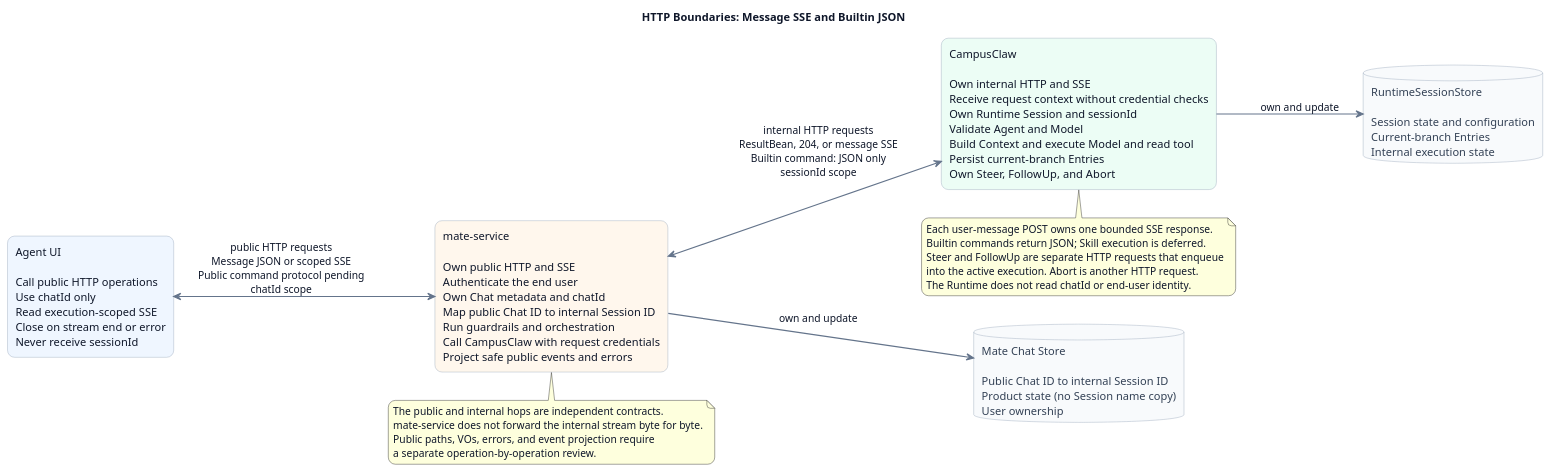
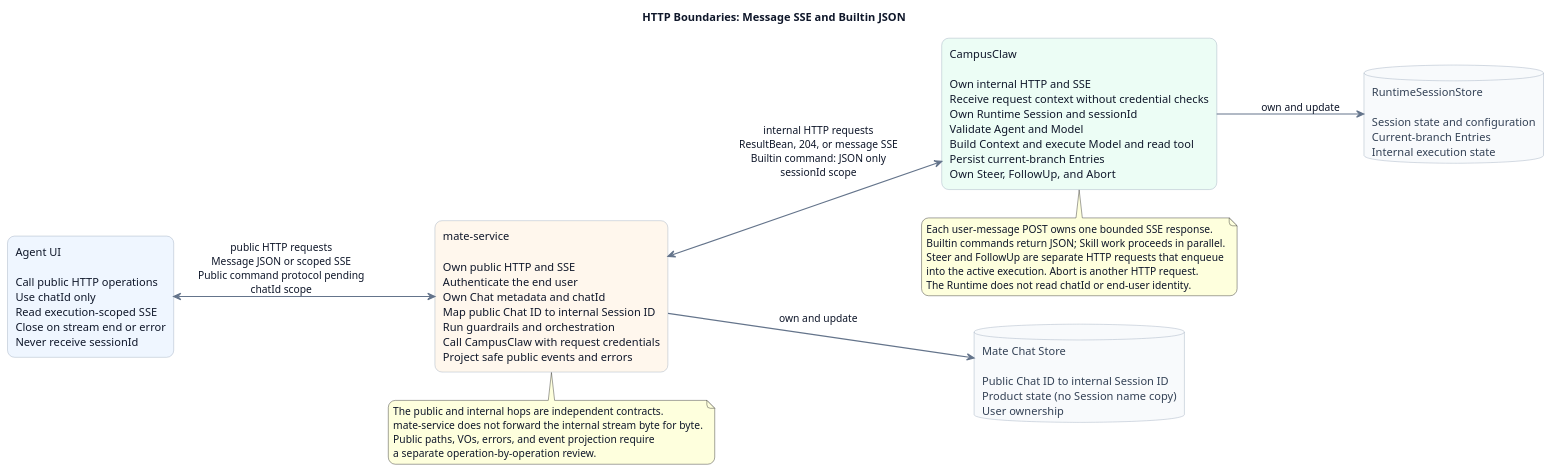
The diagram in 01-总体架构/01-CampusClaw多Agent运行时/设计图/服务边界/diagram.puml (ssm0808/pi-mono-java-design), drawn with PlantUML before and after one commit. The commit also changed 17 other files, not shown here.

Commit message:
docs(command): 澄清 Builtin 与 Skill 并行开发分工

```diff
--- a/01-总体架构/01-CampusClaw多Agent运行时/设计图/服务边界/diagram.puml
+++ b/01-总体架构/01-CampusClaw多Agent运行时/设计图/服务边界/diagram.puml
@@ -1,62 +1,62 @@
 @startuml mate_agent_service_responsibility_boundary
 title HTTP Boundaries: Message SSE and Builtin JSON
 
 ' Source evidence (pi-mono-java 1f801dbb82bdda30478e3354e685e3153b179a0c):
 ' modules/coding-agent-cli/src/main/java/com/campusclaw/codingagent/runtimeapi/web/RuntimeEventController.java.
 ' modules/coding-agent-cli/src/main/java/com/campusclaw/codingagent/runtimeapi/event/RuntimeEventService.java.
 ' Observed behavior: the CampusClaw internal HTTP POST returns execution-scoped SSE without a public WebSocket path.
 ' Target-only design: the mate-service public HTTP contract and its SSE projection are not implemented in this repository.
 ' Architecture change: both hops use HTTP request-response, message responses stream SSE; Runtime Builtin commands return JSON.
 ' Product constraint: the UI receives chatId only; sessionId remains an internal Runtime identifier.
 ' Security hardening: mate-service terminates public auth and projects internal events instead of forwarding bytes transparently.
 ' Design reason: keep user-facing Chat lifecycle separate from durable Runtime Session identity and execution.
 
 skinparam backgroundColor #FFFFFF
 skinparam shadowing false
 skinparam roundcorner 18
 skinparam defaultFontName Arial
 skinparam defaultFontColor #0F172A
 skinparam ArrowColor #64748B
 skinparam ArrowThickness 1.5
 skinparam rectangle {
   BorderColor #94A3B8
   FontColor #0F172A
 }
 skinparam database {
   BorderColor #94A3B8
   BackgroundColor #F8FAFC
   FontColor #334155
 }
 
 left to right direction
 
 rectangle "Agent UI\n\nCall public HTTP operations\nUse chatId only\nRead execution-scoped SSE\nClose on stream end or error\nNever receive sessionId" as UI #EFF6FF
 
 rectangle "mate-service\n\nOwn public HTTP and SSE\nAuthenticate the end user\nOwn Chat metadata and chatId\nMap public Chat ID to internal Session ID\nRun guardrails and orchestration\nCall CampusClaw with request credentials\nProject safe public events and errors" as Mate #FFF7ED
 
 rectangle "CampusClaw\n\nOwn internal HTTP and SSE\nReceive request context without credential checks\nOwn Runtime Session and sessionId\nValidate Agent and Model\nBuild Context and execute Model and read tool\nPersist current-branch Entries\nOwn Steer, FollowUp, and Abort" as Runtime #ECFDF5
 
 database "Mate Chat Store\n\nPublic Chat ID to internal Session ID\nProduct state (no Session name copy)\nUser ownership" as MateStore
 
 database "RuntimeSessionStore\n\nSession state and configuration\nCurrent-branch Entries\nInternal execution state" as RuntimeStore
 
 UI <--> Mate : public HTTP requests\nMessage JSON or scoped SSE\nPublic command protocol pending\nchatId scope
 Mate <--> Runtime : internal HTTP requests\nResultBean, 204, or message SSE\nBuiltin command: JSON only\nsessionId scope
 Mate --> MateStore : own and update
 Runtime --> RuntimeStore : own and update
 
 note bottom of Mate
 The public and internal hops are independent contracts.
 mate-service does not forward the internal stream byte for byte.
 Public paths, VOs, errors, and event projection require
 a separate operation-by-operation review.
 end note
 
 note bottom of Runtime
 Each user-message POST owns one bounded SSE response.
-Builtin commands return JSON; Skill execution is deferred.
+Builtin commands return JSON; Skill work proceeds in parallel.
 Steer and FollowUp are separate HTTP requests that enqueue
 into the active execution. Abort is another HTTP request.
 The Runtime does not read chatId or end-user identity.
 end note
 @enduml
```
